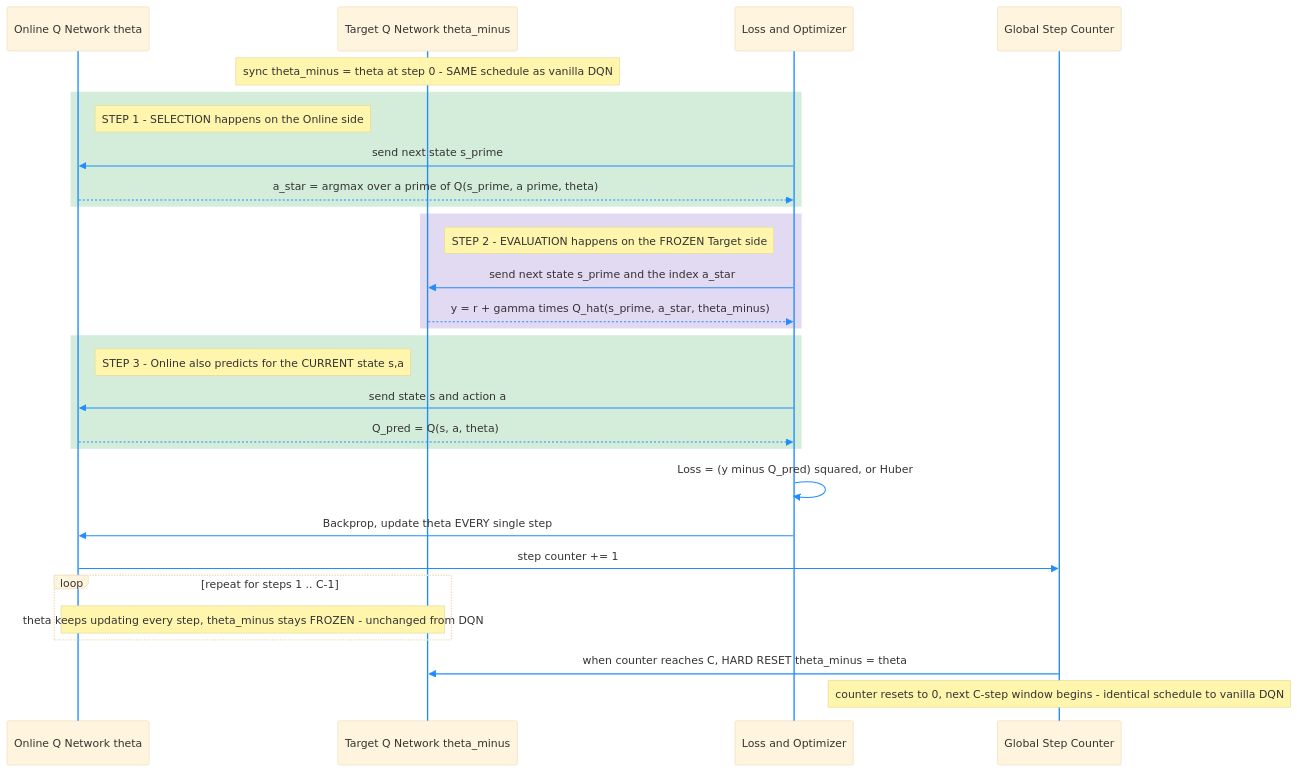
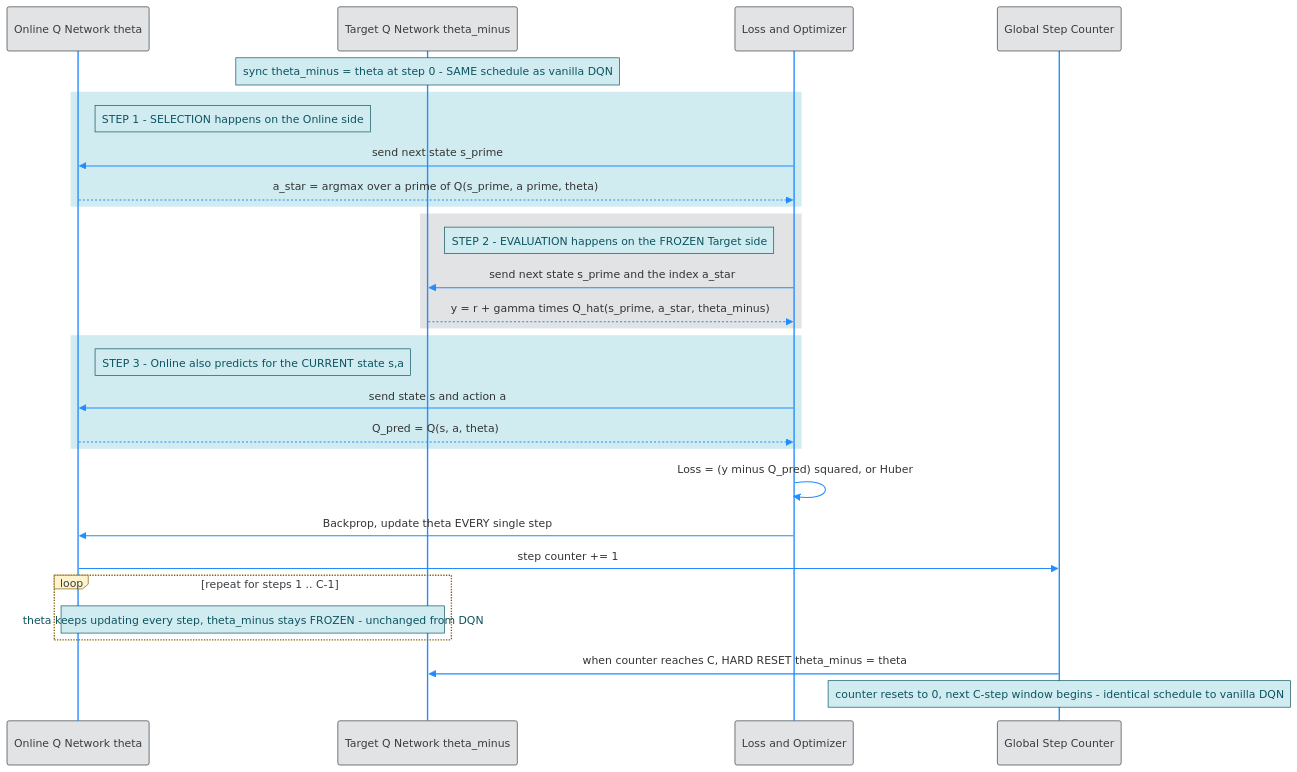
One commit to Open-Source-Robotics-For-Myanmar/rl changed the fourth of 4 diagrams in Day81 RL python/02_Miguel Morales - Grokking Deep Reinforcement Learning/02_rl_with_dl/rom_photos/03_1_VB_DOUBLE_DQN.md. Above: the diagram before and after it, drawn with Mermaid. The commit also changed other lines of this file and 12 other files, not shown here.

````diff
--- a/Day81 RL python/02_Miguel Morales - Grokking Deep Reinforcement Learning/02_rl_with_dl/rom_photos/03_1_VB_DOUBLE_DQN.md
+++ b/Day81 RL python/02_Miguel Morales - Grokking Deep Reinforcement Learning/02_rl_with_dl/rom_photos/03_1_VB_DOUBLE_DQN.md
@@ -172,33 +207,33 @@
 ```mermaid
-%%{init: {'theme': 'base', 'themeVariables': { 'lineColor': '#218bff', 'signalColor': '#218bff', 'actorLineColor': '#218bff', 'loopLineColor': '#218bff'}}}%%
+%%{init: {"theme": "base", "themeVariables": {"lineColor": "#218bff", "signalColor": "#218bff", "actorLineColor": "#218bff", "loopLineColor": "#218bff", "actorBkg": "#e2e3e5", "actorBorder": "#383d41", "actorTextColor": "#383d41", "noteBkgColor": "#d1ecf1", "noteBorderColor": "#0c5460", "noteTextColor": "#0c5460", "labelBoxBkgColor": "#fff3cd", "labelBoxBorderColor": "#856404"}, "themeCSS": "rect.actor[name=\"Onl\"] { fill: #d4edda !important; stroke: #155724 !important; } rect.actor[name=\"Onl\"] + text { fill: #155724 !important; } rect.actor[name=\"Tgt\"] { fill: #e2d9f3 !important; stroke: #4b0082 !important; } rect.actor[name=\"Tgt\"] + text { fill: #4b0082 !important; } "}}%%
 sequenceDiagram
     participant Onl as Online Q Network theta
     participant Tgt as Target Q Network theta_minus
     participant L as Loss and Optimizer
     participant Cnt as Global Step Counter
 
     Note over Tgt: sync theta_minus = theta at step 0 - SAME schedule as vanilla DQN
-    rect rgb(212, 237, 218)
+    rect rgb(209, 236, 241)
     Note right of Onl: STEP 1 - SELECTION happens on the Online side
     L->>Onl: send next state s_prime
     Onl-->>L: a_star = argmax over a prime of Q(s_prime, a prime, theta)
     end
-    rect rgb(226, 217, 243)
+    rect rgb(226, 227, 229)
     Note right of Tgt: STEP 2 - EVALUATION happens on the FROZEN Target side
     L->>Tgt: send next state s_prime and the index a_star
     Tgt-->>L: y = r + gamma times Q_hat(s_prime, a_star, theta_minus)
     end
-    rect rgb(212, 237, 218)
+    rect rgb(209, 236, 241)
     Note right of Onl: STEP 3 - Online also predicts for the CURRENT state s,a
     L->>Onl: send state s and action a
     Onl-->>L: Q_pred = Q(s, a, theta)
     end
     L->>L: Loss = (y minus Q_pred) squared, or Huber
     L->>Onl: Backprop, update theta EVERY single step
     Onl->>Cnt: step counter += 1
     loop repeat for steps 1 .. C-1
         Note over Onl,Tgt: theta keeps updating every step, theta_minus stays FROZEN - unchanged from DQN
     end
     Cnt->>Tgt: when counter reaches C, HARD RESET theta_minus = theta
     Note over Cnt: counter resets to 0, next C-step window begins - identical schedule to vanilla DQN
 ```
````
